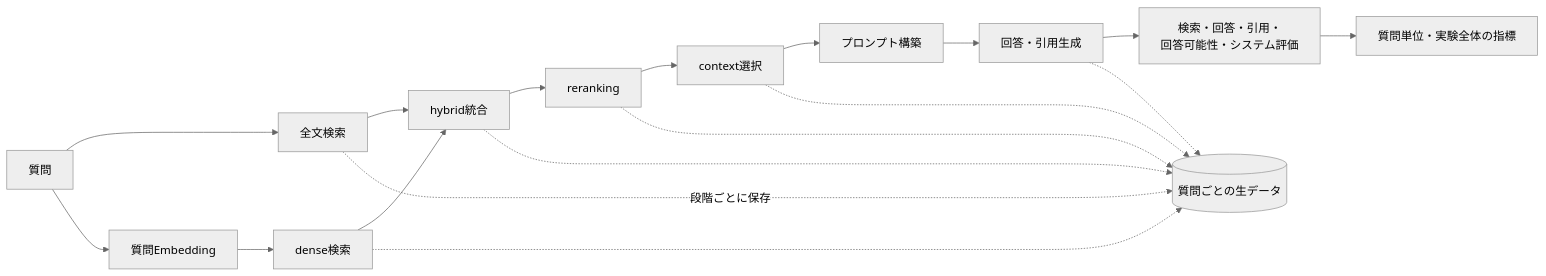
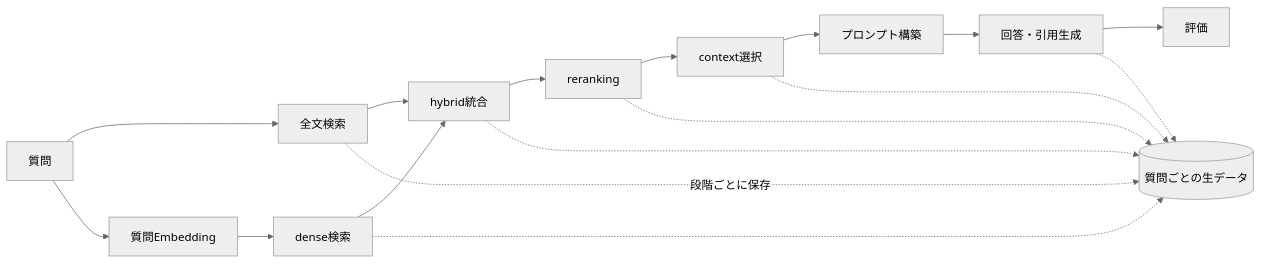
One commit to takashit16833/RAGScope changed the third of 4 diagrams in project-docs/design/システムアーキテクチャ.md. Above: the diagram before and after it, drawn with Mermaid (neutral theme). The commit also changed other lines of this file and 4 other files, not shown here.

````diff
--- a/project-docs/design/システムアーキテクチャ.md
+++ b/project-docs/design/システムアーキテクチャ.md
@@ -289,25 +202,21 @@
 ```mermaid
 flowchart LR
-    Q["質問"]
-
-    Q --> FT["全文検索"]
+    Q["質問"] --> FT["全文検索"]
     Q --> QE["質問Embedding"]
     QE --> Dense["dense検索"]
 
     FT --> Hybrid["hybrid統合"]
     Dense --> Hybrid
-
     Hybrid --> Rerank["reranking"]
     Rerank --> Context["context選択"]
     Context --> Prompt["プロンプト構築"]
     Prompt --> Generate["回答・引用生成"]
-    Generate --> Evaluate["検索・回答・引用・<br>回答可能性・システム評価"]
+    Generate --> Evaluate["評価"]
 
     FT -. "段階ごとに保存" .-> Store[("質問ごとの生データ")]
     Dense -.-> Store
     Hybrid -.-> Store
     Rerank -.-> Store
     Context -.-> Store
     Generate -.-> Store
-    Evaluate --> Metrics["質問単位・実験全体の指標"]
 ```
````
